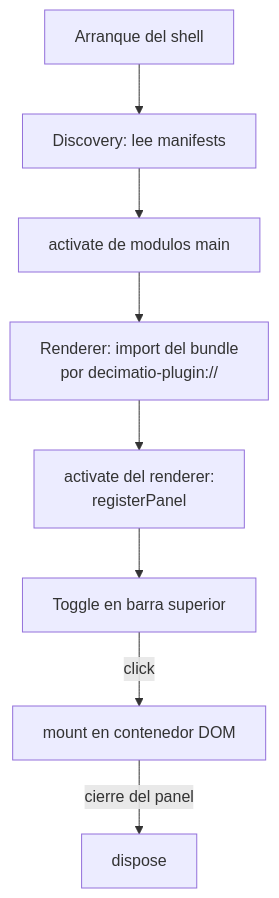
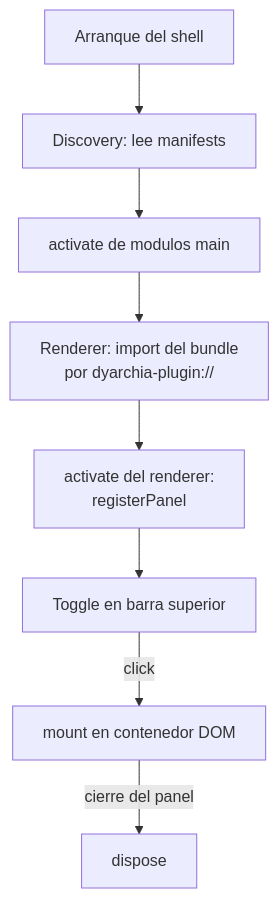
One commit to Dyarchia/dyarchia-desktop changed the diagram in docs/plugins.md. Above: the diagram before and after it, drawn with Mermaid. The commit also changed other lines of this file and 32 other files, not shown here.

First line of the commit message:
chore(brand): rename Decimatio to Dyarchia

````diff
--- a/docs/plugins.md
+++ b/docs/plugins.md
@@ -129,10 +129,10 @@
 ```mermaid
 flowchart TD
     A[Arranque del shell] --> B[Discovery: lee manifests]
     B --> C[activate de modulos main]
-    C --> D[Renderer: import del bundle<br/>por decimatio-plugin://]
+    C --> D[Renderer: import del bundle<br/>por dyarchia-plugin://]
     D --> E[activate del renderer:<br/>registerPanel]
     E --> F[Toggle en barra superior]
     F -- "click" --> G[mount en contenedor DOM]
     G -- "cierre del panel" --> H[dispose]
 ```
````
